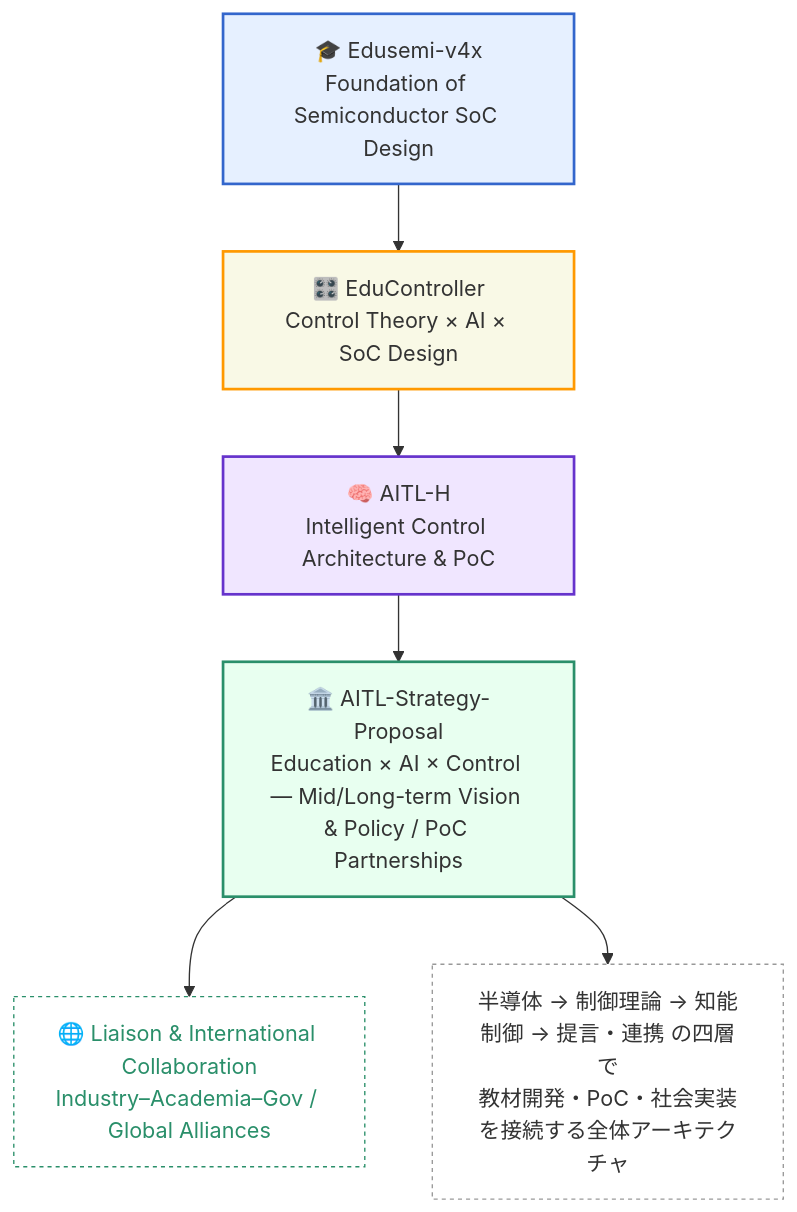
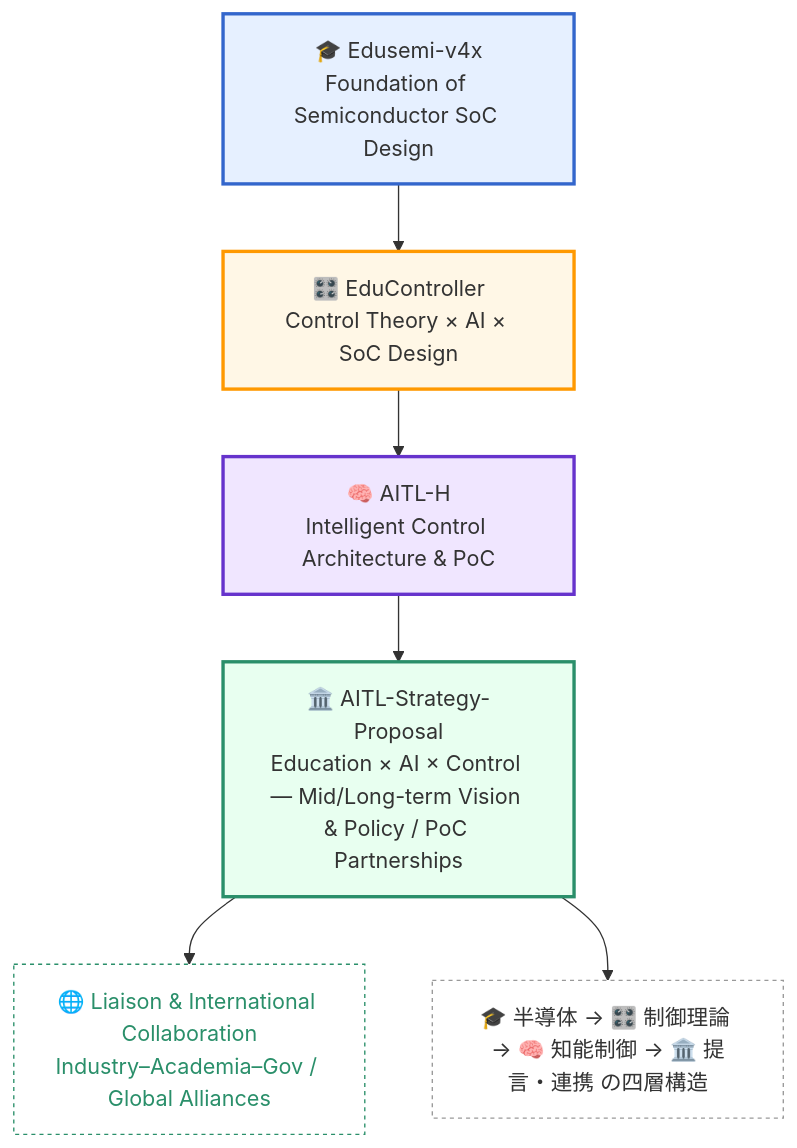
One commit to Samizo-AITL/Samizo-AITL.github.io changed the diagram in index.md. Above: the diagram before and after it, drawn with Mermaid.

````diff
--- a/index.md
+++ b/index.md
@@ -88,28 +88,27 @@
 ```mermaid
 flowchart TD
     A[🎓 Edusemi-v4x<br/>Foundation of Semiconductor SoC Design] 
         --> B[🎛️ EduController<br/>Control Theory × AI × SoC Design] 
         --> C[🧠 AITL-H<br/>Intelligent Control Architecture & PoC]
         --> D[🏛️ AITL-Strategy-Proposal<br/>Education × AI × Control — Mid/Long-term Vision & Policy / PoC Partnerships]
 
-    %% 連携・国際協働の強調（サブノード）
     D --> E[🌐 Liaison & International Collaboration<br/>Industry–Academia–Gov / Global Alliances]
 
-    %% スタイル
-    style A fill:#e6f0ff,stroke:#3366cc,stroke-width:2px
-    style B fill:#f9f9e6,stroke:#ff9900,stroke-width:2px
-    style C fill:#f0e6ff,stroke:#6633cc,stroke-width:2px
-    style D fill:#e8fff0,stroke:#2a8f6a,stroke-width:2px
+    %% Styles
+    style A fill:#e6f0ff,stroke:#3366cc,stroke-width:2.5px
+    style B fill:#fff7e6,stroke:#ff9900,stroke-width:2.5px
+    style C fill:#f0e6ff,stroke:#6633cc,stroke-width:2.5px
+    style D fill:#e8fff0,stroke:#2a8f6a,stroke-width:2.5px
     style E fill:#ffffff,stroke:#2a8f6a,stroke-dasharray:3 3,color:#2a8f6a
 
-    %% 注釈
+    %% Note
     classDef note fill:#ffffff,stroke:#999,stroke-dasharray:3 3,color:#333;
-    N["半導体 → 制御理論 → 知能制御 → 提言・連携 の四層で<br/>教材開発・PoC・社会実装を接続する全体アーキテクチャ"]:::note
+    N["🎓 半導体 → 🎛️ 制御理論 → 🧠 知能制御 → 🏛️ 提言・連携 の四層構造"]:::note
     D --> N
 
-    %% （任意）クリックで各サイトに飛ばす場合は下の3行のコメントを外してください
+    %% (Optional) link nodes
     %% click A "https://samizo-aitl.github.io/Edusemi-v4x/" _blank
     %% click B "https://samizo-aitl.github.io/EduController/" _blank
     %% click C "https://samizo-aitl.github.io/AITL-H/" _blank
     %% click D "https://samizo-aitl.github.io/AITL-Strategy-Proposal/" _blank
 ```
````
